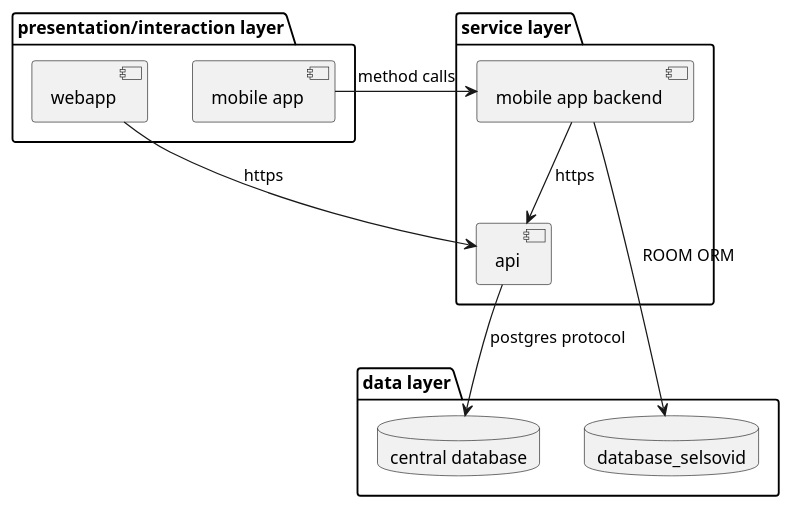
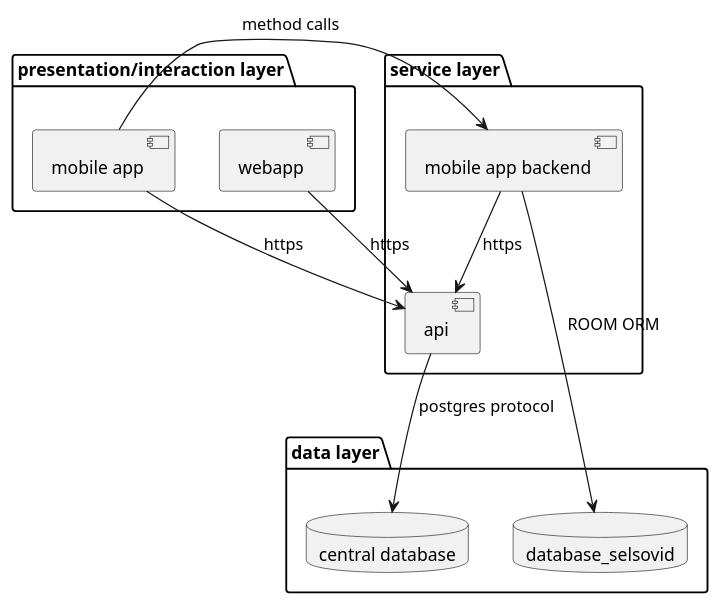
Before and after one commit to SelSolvID/docs: the diagram in diagrams/softwarearchitecture/layer.puml, drawn with PlantUML.

Commit message:
added link between mobile app and API.

```diff
--- a/diagrams/softwarearchitecture/layer.puml
+++ b/diagrams/softwarearchitecture/layer.puml
@@ -1,23 +1,25 @@
 @startuml layer diagram
 package "presentation/interaction layer" as pil {
+  [mobile app] as map
   [webapp] as wap
-  [mobile app] as map
 }
 
 package "service layer" as sl {
   [api]
   [mobile app backend] as mab
 }
 
 package "data layer" as dl {
   database "central database" as cdb
   database "database_selsovid" as ldb
 }
 
+map -> mab : method calls
 
+map -> api: https
 wap --> api : https
-map -> mab : method calls
+
 api --> cdb : postgres protocol
 mab --> api : https
 mab --> ldb : ROOM ORM
 @enduml
```
